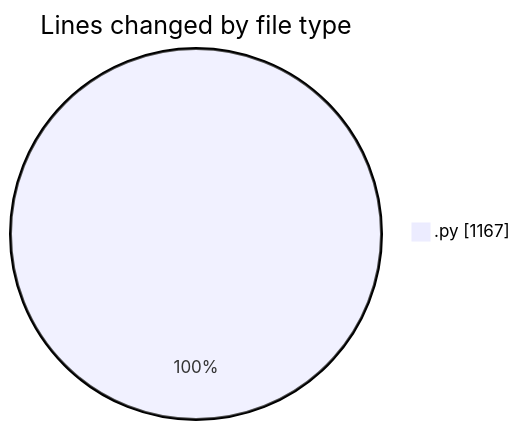
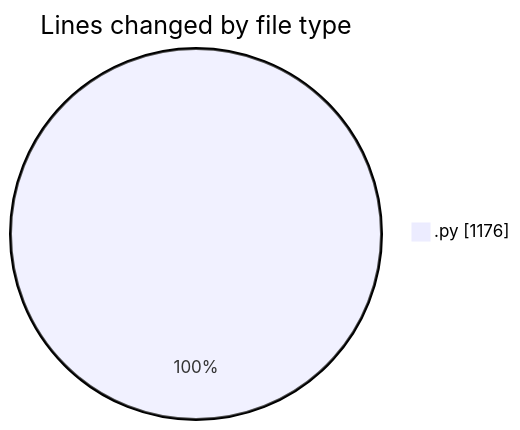
Before and after one commit to julien-gomy/code-tracking: the first of 2 diagrams in 2025-11-08/eventscop-api-guide__workspace_/README.md, drawn with Mermaid. The commit also changed other lines of this file and 1 other file, not shown here.

````diff
--- a/2025-11-08/eventscop-api-guide__workspace_/README.md
+++ b/2025-11-08/eventscop-api-guide__workspace_/README.md
@@ -22,5 +22,5 @@
 ```mermaid
 pie showData
 title Lines changed by file type
-".py" : 1167
+".py" : 1176
 ```
````
